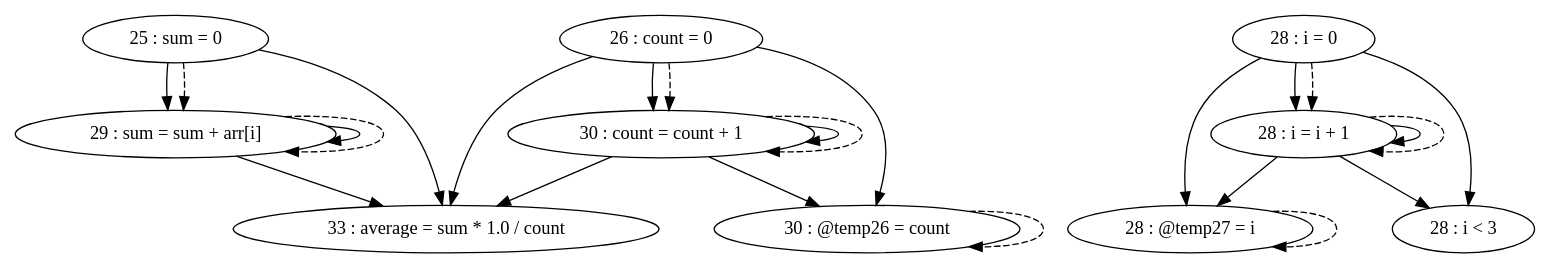
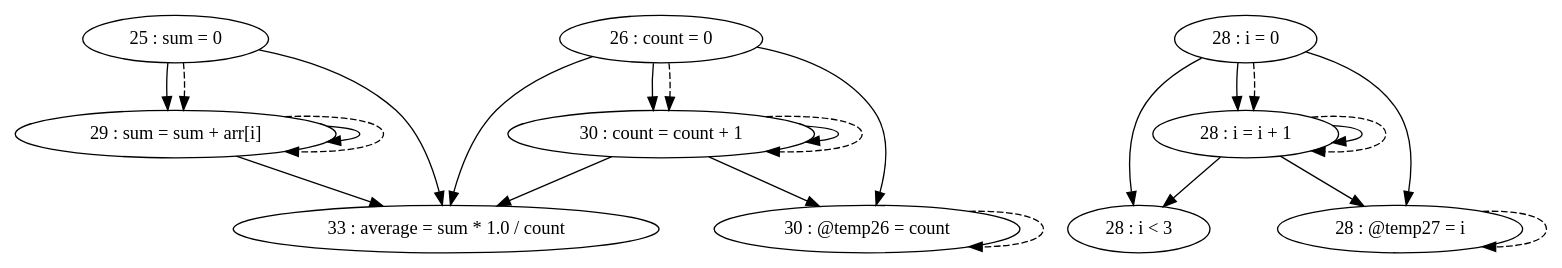
Before and after one commit to thomassimko/thesis-code-duplication: the diagram in pdg/source/testFiles/TestCases/TestCase11/TestCase11-test2.gv, drawn with Graphviz. The commit also changed other lines of this file and 107 other files, not shown here.

```diff
--- a/pdg/source/testFiles/TestCases/TestCase11/TestCase11-test2.gv
+++ b/pdg/source/testFiles/TestCases/TestCase11/TestCase11-test2.gv
@@ -1,36 +1,36 @@
 digraph G {
 "25 : sum = 0"
 "25 : sum = 0" -> "29 : sum = sum + arr[i]"
 "25 : sum = 0" -> "33 : average = sum * 1.0 / count"
 "25 : sum = 0" -> "29 : sum = sum + arr[i]" [style=dashed]
 "26 : count = 0"
+"26 : count = 0" -> "33 : average = sum * 1.0 / count"
+"26 : count = 0" -> "30 : count = count + 1"
 "26 : count = 0" -> "30 : @temp26 = count"
-"26 : count = 0" -> "30 : count = count + 1"
-"26 : count = 0" -> "33 : average = sum * 1.0 / count"
 "26 : count = 0" -> "30 : count = count + 1" [style=dashed]
 "28 : i = 0"
+"28 : i = 0" -> "28 : i < 3"
+"28 : i = 0" -> "28 : i = i + 1"
 "28 : i = 0" -> "28 : @temp27 = i"
-"28 : i = 0" -> "28 : i = i + 1"
-"28 : i = 0" -> "28 : i < 3"
 "28 : i = 0" -> "28 : i = i + 1" [style=dashed]
 "28 : i < 3"
 "29 : sum = sum + arr[i]"
 "29 : sum = sum + arr[i]" -> "29 : sum = sum + arr[i]"
 "29 : sum = sum + arr[i]" -> "33 : average = sum * 1.0 / count"
 "29 : sum = sum + arr[i]" -> "29 : sum = sum + arr[i]" [style=dashed]
 "30 : @temp26 = count"
 "30 : @temp26 = count" -> "30 : @temp26 = count" [style=dashed]
 "30 : count = count + 1"
+"30 : count = count + 1" -> "33 : average = sum * 1.0 / count"
+"30 : count = count + 1" -> "30 : count = count + 1"
 "30 : count = count + 1" -> "30 : @temp26 = count"
-"30 : count = count + 1" -> "30 : count = count + 1"
-"30 : count = count + 1" -> "33 : average = sum * 1.0 / count"
 "30 : count = count + 1" -> "30 : count = count + 1" [style=dashed]
 "28 : @temp27 = i"
 "28 : @temp27 = i" -> "28 : @temp27 = i" [style=dashed]
 "28 : i = i + 1"
+"28 : i = i + 1" -> "28 : i < 3"
+"28 : i = i + 1" -> "28 : i = i + 1"
 "28 : i = i + 1" -> "28 : @temp27 = i"
-"28 : i = i + 1" -> "28 : i = i + 1"
-"28 : i = i + 1" -> "28 : i < 3"
 "28 : i = i + 1" -> "28 : i = i + 1" [style=dashed]
 "33 : average = sum * 1.0 / count"
 }
```
